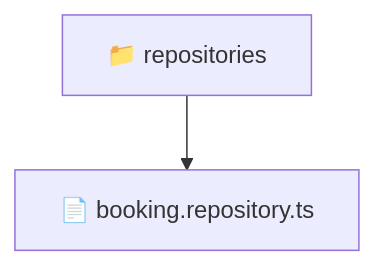
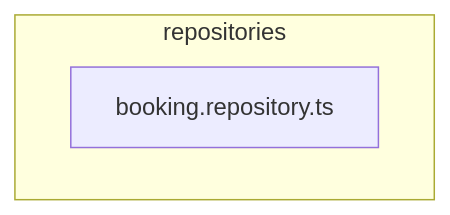
Before and after one commit to beginwebdev2002/fullstack-mavluda: the diagram in backend/src/modules/booking/infrastructure/repositories/README.md, drawn with Mermaid. The commit also changed other lines of this file and 163 other files, not shown here.

````diff
--- a/backend/src/modules/booking/infrastructure/repositories/README.md
+++ b/backend/src/modules/booking/infrastructure/repositories/README.md
@@ -9,5 +15,6 @@
 ```mermaid
 graph TD
-  Root["📁 repositories"]
-  Root --> booking_repository_ts["📄 booking.repository.ts"]
+  subgraph repositories
+    booking_repository_ts["booking.repository.ts"]
+  end
 ```
````
